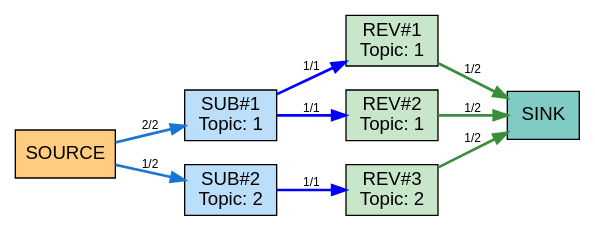
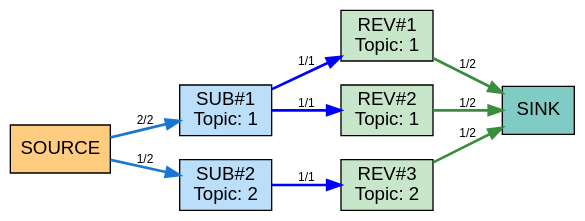
One commit to AlexDTT/MaxflowProject changed the diagram in dox/t21_example.dot. Above: the diagram before and after it, drawn with Graphviz. The commit also changed 32 other files, not shown here.

```diff
--- a/dox/t21_example.dot
+++ b/dox/t21_example.dot
@@ -1,32 +1,33 @@
 digraph T21_Example {
     rankdir=LR;
+    graph [bgcolor="transparent"];
     node [shape=box, style=filled, fillcolor=white, fontname="Helvetica"];
     edge [fontname="Helvetica", fontsize=9];
 
     // Source and Sink
     "SOURCE" [fillcolor="#ffcc80"];
     "SINK"   [fillcolor="#80cbc4"];
 
     // Submissions
     "SUB#1\nTopic: 1" [fillcolor="#bbdefb"];
     "SUB#2\nTopic: 2" [fillcolor="#bbdefb"];
 
     // Reviewers
     "REV#1\nTopic: 1" [fillcolor="#c8e6c9"];
     "REV#2\nTopic: 1" [fillcolor="#c8e6c9"];
     "REV#3\nTopic: 2" [fillcolor="#c8e6c9"];
 
     // Source -> Submissions
     "SOURCE" -> "SUB#1\nTopic: 1" [label="2/2", color="#1976d2", penwidth=2.0];
     "SOURCE" -> "SUB#2\nTopic: 2" [label="1/2", color="#1976d2", penwidth=2.0];
 
     // Submissions -> Reviewers (mode 1: primary==primary)
     "SUB#1\nTopic: 1" -> "REV#1\nTopic: 1" [label="1/1", color=blue, penwidth=2.0];
     "SUB#1\nTopic: 1" -> "REV#2\nTopic: 1" [label="1/1", color=blue, penwidth=2.0];
     "SUB#2\nTopic: 2" -> "REV#3\nTopic: 2" [label="1/1", color=blue, penwidth=2.0];
 
     // Reviewers -> Sink
     "REV#1\nTopic: 1" -> "SINK" [label="1/2", color="#388e3c", penwidth=2.0];
     "REV#2\nTopic: 1" -> "SINK" [label="1/2", color="#388e3c", penwidth=2.0];
     "REV#3\nTopic: 2" -> "SINK" [label="1/2", color="#388e3c", penwidth=2.0];
 }
```
